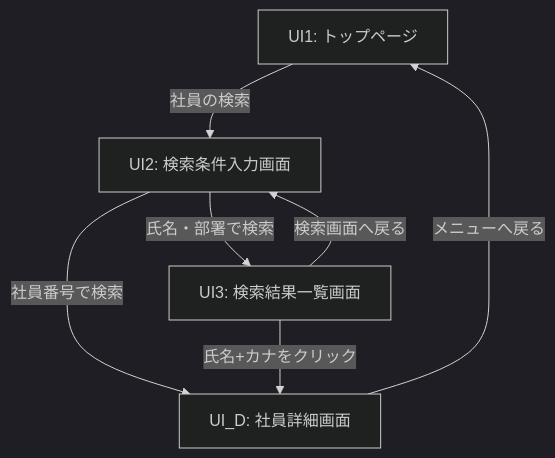
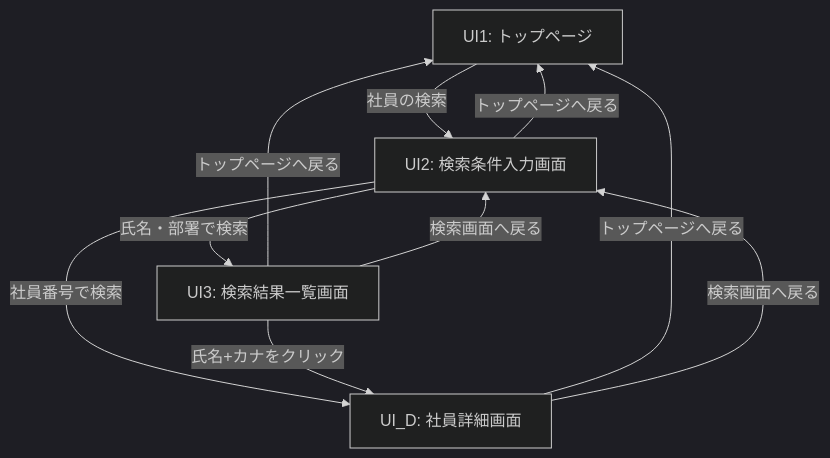
The third of 8 diagrams in EIMS_Comprehensive_Exercise_Guide.md (juyeongjung1/NewEIMS), drawn with Mermaid (dark theme) before and after one commit. The commit also changed other lines of this file, not shown here.

Commit message:
UIフロー図の各画面に「トップページへ戻る」「検索画面へ戻る」の両方のルートを追加（メニューへ戻るを廃止）

````diff
--- a/EIMS_Comprehensive_Exercise_Guide.md
+++ b/EIMS_Comprehensive_Exercise_Guide.md
@@ -558,12 +560,15 @@
 ```mermaid
 flowchart TD
     UI1[UI1: トップページ] -->|"社員の検索"| UI2[UI2: 検索条件入力画面]
     
     UI2 -- "社員番号で検索" --> UI_D[UI_D: 社員詳細画面]
     UI2 -- "氏名・部署で検索" --> UI3[UI3: 検索結果一覧画面]
     
     UI3 -- "氏名+カナをクリック" --> UI_D
     
-    UI_D -->|"メニューへ戻る"| UI1
+    UI2 -->|"トップページへ戻る"| UI1
+    UI3 -->|"トップページへ戻る"| UI1
     UI3 -->|"検索画面へ戻る"| UI2
+    UI_D -->|"トップページへ戻る"| UI1
+    UI_D -->|"検索画面へ戻る"| UI2
 ```
````
